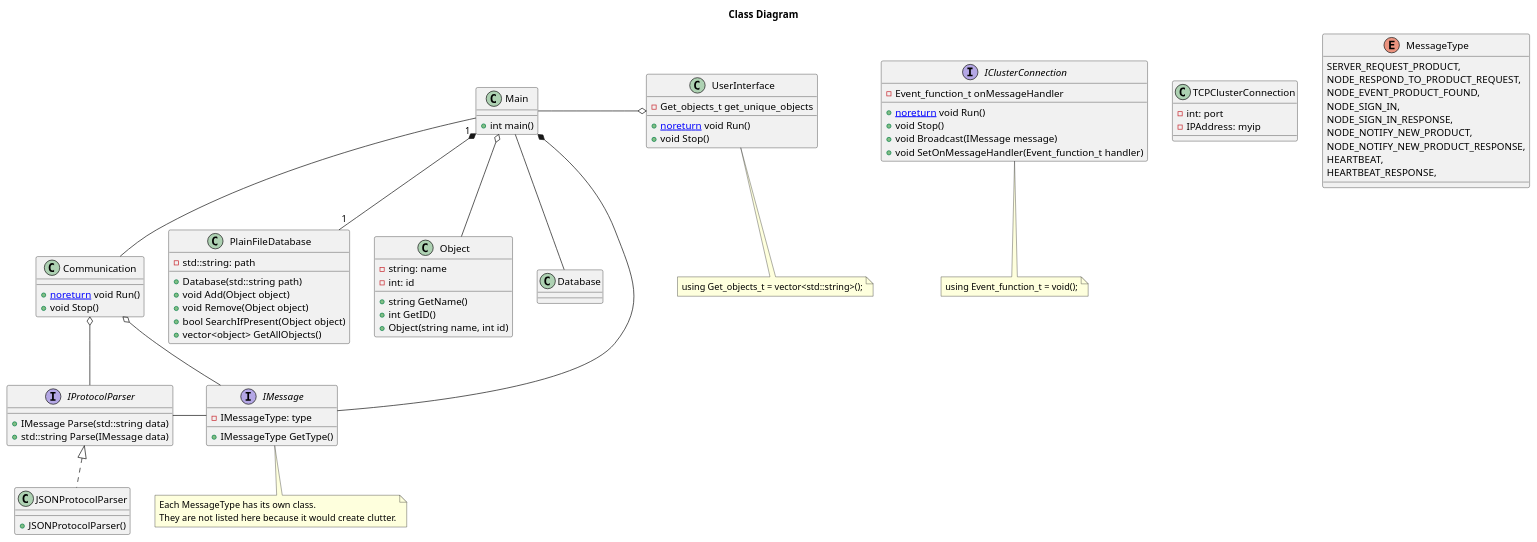
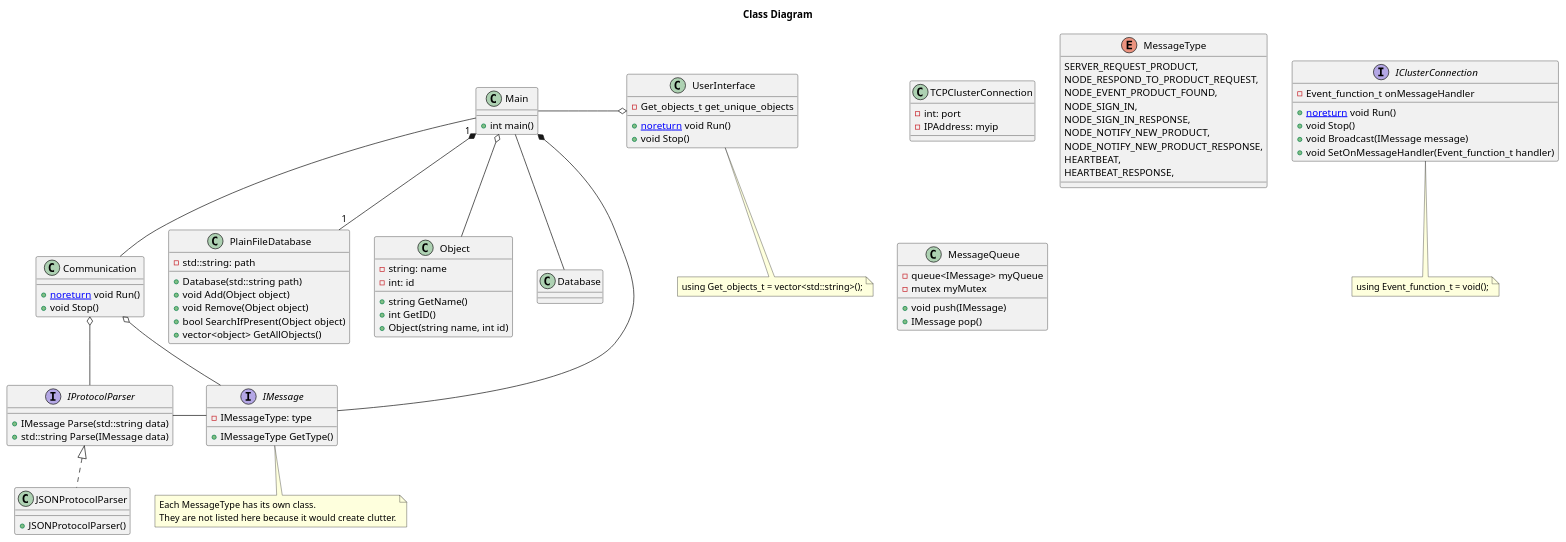
The diagram in Designs/Server Design/Design.wsd (T3-FindIt/FindIt), drawn with PlantUML before and after one commit.

Commit message:
Finalized MessageQueue class

```diff
--- a/Designs/Server Design/Design.wsd
+++ b/Designs/Server Design/Design.wsd
@@ -1,127 +1,134 @@
 @startuml ClassDiagram
 Title Class Diagram
 
 Class Communication
 {
     {method} + [[noreturn]] void Run()
     {method} + void Stop()
 }
 
 ' using Event_function_t = void();
 interface IClusterConnection
 {
     {field} - Event_function_t onMessageHandler
     {method} + [[noreturn]] void Run()
     {method} + void Stop()
     {method} + void Broadcast(IMessage message)
     ' {method} + void Send(IMessage message, IPAdress myip)
     {method} + void SetOnMessageHandler(Event_function_t handler)
 }
 
 note bottom of IClusterConnection
 using Event_function_t = void();
 end note
 
 class TCPClusterConnection
 {
     {field} - int: port
     {field} - IPAddress: myip
 }
 
 Class PlainFileDatabase
 {
     {field} - std::string: path
     {method} + Database(std::string path)
     {method} + void Add(Object object)
     {method} + void Remove(Object object)
     {method} + bool SearchIfPresent(Object object)
     {method} + vector<object> GetAllObjects()
 }
 
 Class Object
 {
     {field} - string: name
     {field} - int: id
     {method} + string GetName()
     {method} + int GetID()
     {method} + Object(string name, int id)
 }
 
 enum MessageType
 {
     SERVER_REQUEST_PRODUCT,
     NODE_RESPOND_TO_PRODUCT_REQUEST,
     NODE_EVENT_PRODUCT_FOUND,
     NODE_SIGN_IN,
     NODE_SIGN_IN_RESPONSE,
     NODE_NOTIFY_NEW_PRODUCT,
     NODE_NOTIFY_NEW_PRODUCT_RESPONSE,
     HEARTBEAT,
     HEARTBEAT_RESPONSE,
 }
 
 interface IMessage
 {
     {field} - IMessageType: type
     {method} + IMessageType GetType()
 }
 
 note bottom of IMessage
 Each MessageType has its own class.
 They are not listed here because it would create clutter.
 end note
 
 interface IProtocolParser
 {
     {method} + IMessage Parse(std::string data)
     {method} + std::string Parse(IMessage data)
 }
 
 Class JSONProtocolParser
 {
     {method} + JSONProtocolParser()
 }
 
 Class UserInterface
 {
     {field} - Get_objects_t get_unique_objects
     {method} + [[noreturn]] void Run()
     {method} + void Stop()
 }
 
 note bottom of UserInterface
 using Get_objects_t = vector<std::string>();
 end note
 
 Class Main
 {
     {method} + int main()
 }
 
+Class MessageQueue
+{
+    {field} - queue<IMessage> myQueue
+    {field} - mutex myMutex
+    {method} + void push(IMessage)
+    {method} + IMessage pop()
+}
 Main "1" *-- "1" PlainFileDatabase
 
 ' EMPTY CLASSES
 ' END OF EMPYY CLASSES
 
 Main -o UserInterface
 Main o-- Object
 Main -- Database
 Main -- Communication
 Main *-- IMessage
 Communication o-- IMessage
 IProtocolParser <|.. JSONProtocolParser
 IProtocolParser - IMessage
 Communication o-- IProtocolParser
 
 ' Controller "1" o-- "1" WiFiHandler
 ' Controller "1" o-- "1" IMasterSlave
 ' Controller "1" o-- "1" JsonBuilder
 ' Controller "1" o-down- "1" IDipSwitch
 ' Controller "1" o-- "1" WebSocketHandler
 
 ' WiFiHandler "1" o-- "1" WiFiData
 ' WebSocketHandler "1" o-- "1" WebsocketData
 
 ' See if we should separate WebSocket & WiFi
 ' object opslaan als JSON objecten?
 @enduml
```
